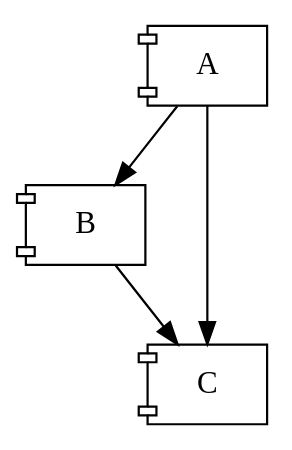
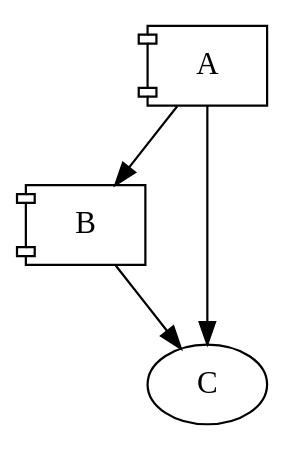
The diagram in test1.dot (felixhummel/graphviz_example), drawn with Graphviz before and after one commit.

```diff
--- a/test1.dot
+++ b/test1.dot
@@ -1,12 +1,16 @@
 digraph Name {
-  NODE [shape=component];
-  A;
-  B;
+
+  // scope
+  {
+    NODE [shape=component];
+    A;
+    B;
+  }
   C;
 
 
   // dir=forward back both none controls arrow direction.
   A -> B;
   A -> C [weight=10];
   B -> C;
 }
```
